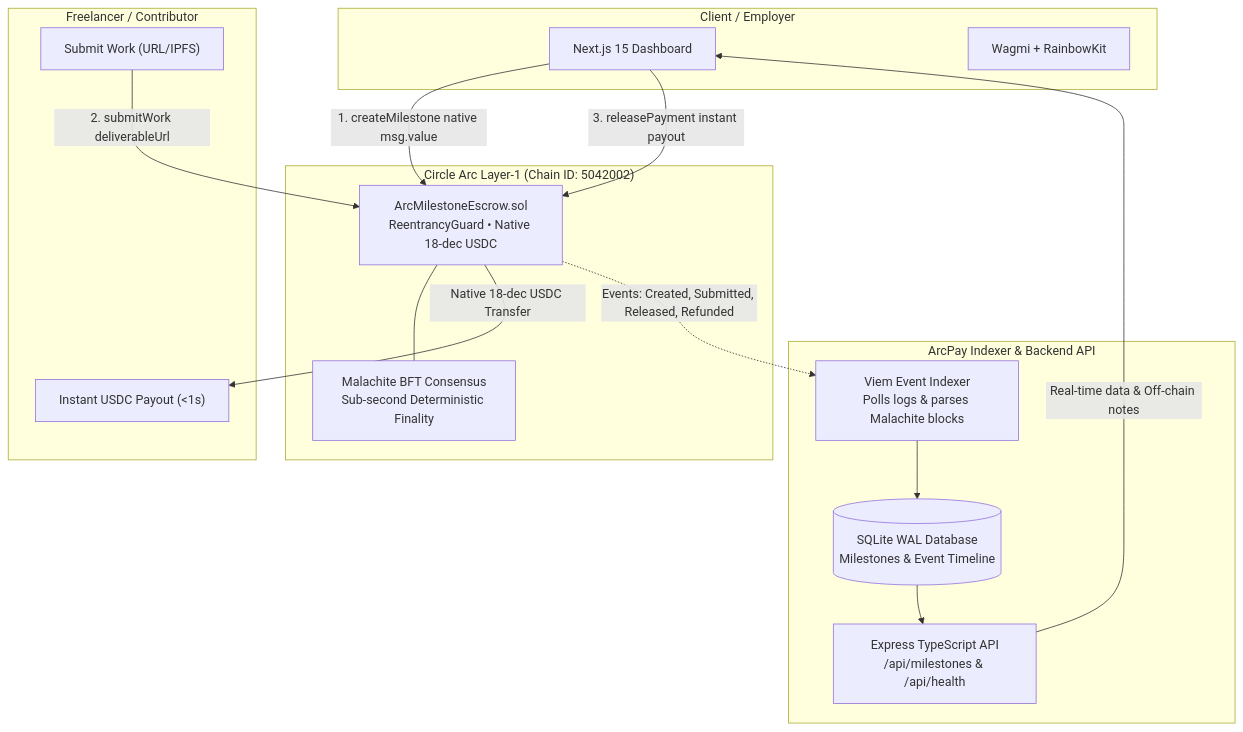
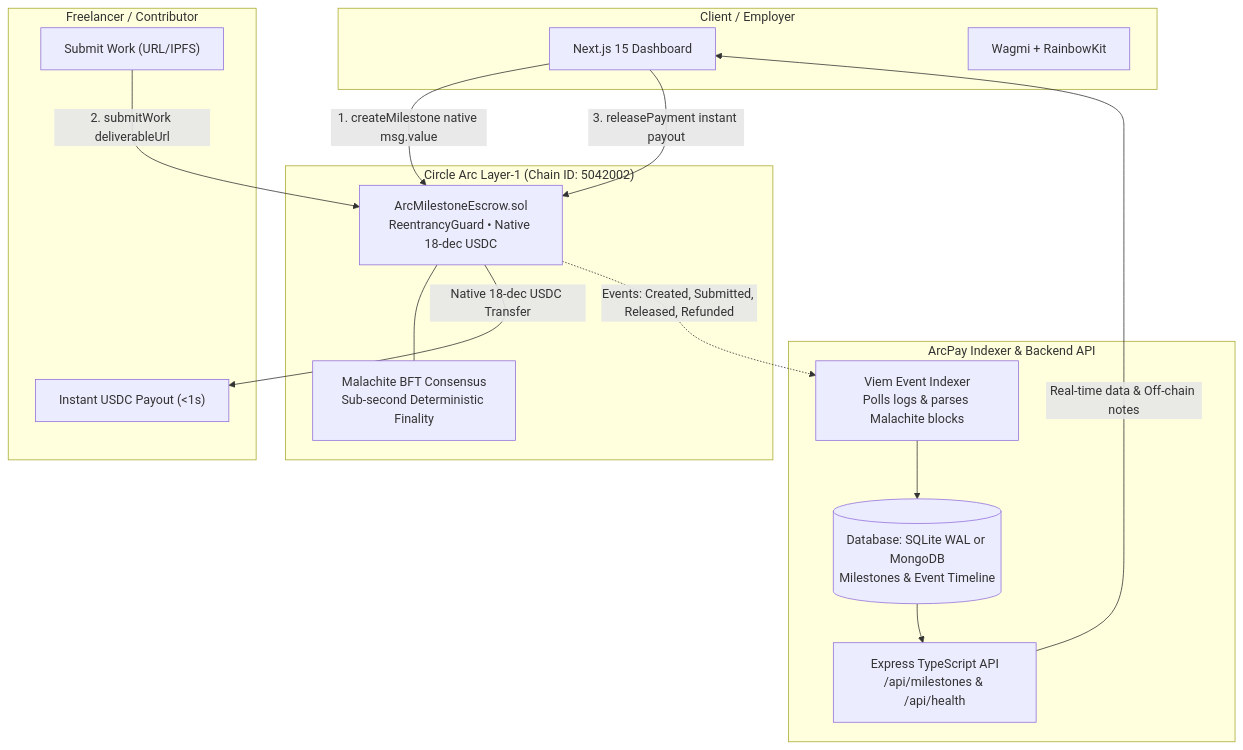
Before and after one commit to 13507-IN/ArcPay: the diagram in README.md, drawn with Mermaid. The commit also changed other lines of this file and 16 other files, not shown here.

````diff
--- a/README.md
+++ b/README.md
@@ -33,33 +33,33 @@
 ```mermaid
 flowchart TD
     subgraph Client ["Client / Employer"]
         C1["Next.js 15 Dashboard"]
         C2["Wagmi + RainbowKit"]
     end
 
     subgraph ArcL1 ["Circle Arc Layer-1 (Chain ID: 5042002)"]
         SC["ArcMilestoneEscrow.sol<br/>ReentrancyGuard • Native 18-dec USDC"]
         BFT["Malachite BFT Consensus<br/>Sub-second Deterministic Finality"]
     end
 
     subgraph Backend ["ArcPay Indexer & Backend API"]
         IX["Viem Event Indexer<br/>Polls logs & parses Malachite blocks"]
-        DB[(SQLite WAL Database<br/>Milestones & Event Timeline)]
+        DB[(Database: SQLite WAL or MongoDB<br/>Milestones & Event Timeline)]
         API["Express TypeScript API<br/>/api/milestones & /api/health"]
     end
 
     subgraph Freelancer ["Freelancer / Contributor"]
         F1["Submit Work (URL/IPFS)"]
         F2["Instant USDC Payout (<1s)"]
     end
 
     C1 -->|1. createMilestone native msg.value| SC
     SC --- BFT
     F1 -->|2. submitWork deliverableUrl| SC
     C1 -->|3. releasePayment instant payout| SC
     SC -->|Native 18-dec USDC Transfer| F2
     SC -.->|Events: Created, Submitted, Released, Refunded| IX
     IX --> DB
     DB --> API
     API -->|Real-time data & Off-chain notes| C1
 ```
````
